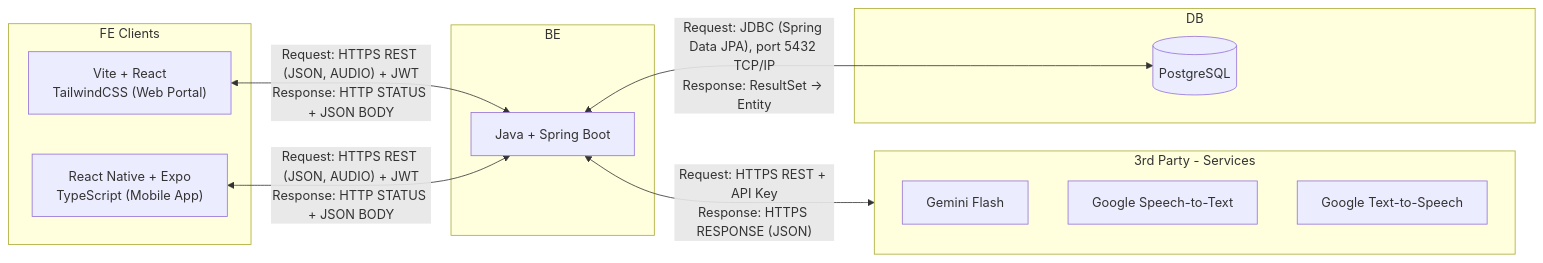
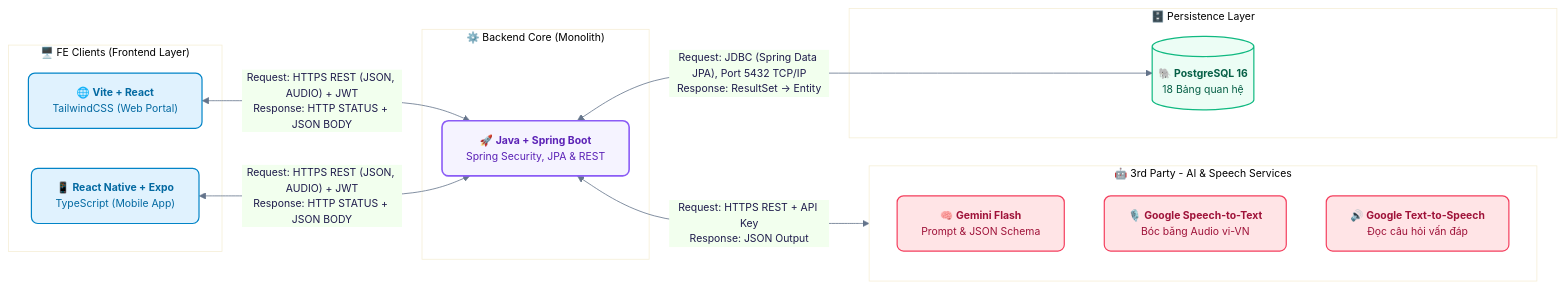
Before and after one commit to SWD392-Group-4/AI-powered-Viva-Exam-System: the first of 2 diagrams in document/02-architecture-design/README.md, drawn with Mermaid. The commit also changed other lines of this file and 9 other files, not shown here.

Commit message:
docs: add system design, architecture, ERDs, and class diagrams

````diff
--- a/document/02-architecture-design/README.md
+++ b/document/02-architecture-design/README.md
@@ -15,26 +15,44 @@
 ```mermaid
+%%{init: {
+  'theme': 'base',
+  'themeVariables': {
+    'primaryColor': '#EEF2FF',
+    'primaryTextColor': '#1E1B4B',
+    'primaryBorderColor': '#6366F1',
+    'lineColor': '#64748B',
+    'fontFamily': 'Inter, system-ui, -apple-system, sans-serif',
+    'fontSize': '13px'
+  }
+}}%%
 flowchart LR
-    subgraph FE["FE Clients"]
-        REACT["Vite + React<br/>TailwindCSS (Web Portal)"]
-        MOBILE["React Native + Expo<br/>TypeScript (Mobile App)"]
+    %% Định nghĩa bảng màu ngữ nghĩa chuẩn thiết kế
+    classDef client fill:#E0F2FE,stroke:#0284C7,stroke-width:1.5px,color:#0369A1,rx:8,ry:8;
+    classDef backend fill:#F5F3FF,stroke:#8B5CF6,stroke-width:2px,color:#5B21B6,rx:8,ry:8;
+    classDef ai fill:#FFE4E6,stroke:#F43F5E,stroke-width:1.5px,color:#9F1239,rx:8,ry:8;
+    classDef db fill:#ECFDF5,stroke:#10B981,stroke-width:1.5px,color:#065F46,rx:4,ry:4;
+
+    subgraph FE [" 🖥️ FE Clients (Frontend Layer) "]
+        REACT["🌐 <b>Vite + React</b><br/>TailwindCSS (Web Portal)"]:::client
+        MOBILE["📱 <b>React Native + Expo</b><br/>TypeScript (Mobile App)"]:::client
     end
 
-    subgraph BE["BE"]
-        SPRING["Java + Spring Boot"]
+    subgraph BE [" ⚙️ Backend Core (Monolith) "]
+        SPRING["🚀 <b>Java + Spring Boot</b><br/>Spring Security, JPA & REST"]:::backend
     end
 
-    subgraph EXT["3rd Party - Services"]
-        GEMINI["Gemini Flash"]
-        STT["Google Speech-to-Text"]
-        TTS["Google Text-to-Speech"]
+    subgraph EXT [" 🤖 3rd Party - AI & Speech Services "]
+        GEMINI["🧠 <b>Gemini Flash</b><br/>Prompt & JSON Schema"]:::ai
+        STT["🎙️ <b>Google Speech-to-Text</b><br/>Bóc băng Audio vi-VN"]:::ai
+        TTS["🔊 <b>Google Text-to-Speech</b><br/>Đọc câu hỏi vấn đáp"]:::ai
     end
 
-    subgraph DB["DB"]
-        PG[("PostgreSQL")]
+    subgraph DB [" 🗄️ Persistence Layer "]
+        PG[("🐘 <b>PostgreSQL 16</b><br/>18 Bảng quan hệ")]:::db
     end
 
-    REACT <-- "Request: HTTPS REST (JSON, AUDIO) + JWT<br/>Response: HTTP STATUS + JSON BODY" --> SPRING
-    MOBILE <-- "Request: HTTPS REST (JSON, AUDIO) + JWT<br/>Response: HTTP STATUS + JSON BODY" --> SPRING
-    SPRING <-- "Request: HTTPS REST + API Key<br/>Response: HTTPS RESPONSE (JSON)" --> EXT
-    SPRING <-- "Request: JDBC (Spring Data JPA), port 5432 TCP/IP<br/>Response: ResultSet → Entity" --> PG
+    %% Luồng kết nối với nhãn giao thức rõ ràng
+    REACT <--> |"Request: HTTPS REST (JSON, AUDIO) + JWT<br/>Response: HTTP STATUS + JSON BODY"| SPRING
+    MOBILE <--> |"Request: HTTPS REST (JSON, AUDIO) + JWT<br/>Response: HTTP STATUS + JSON BODY"| SPRING
+    SPRING <--> |"Request: HTTPS REST + API Key<br/>Response: JSON Output"| EXT
+    SPRING <--> |"Request: JDBC (Spring Data JPA), Port 5432 TCP/IP<br/>Response: ResultSet → Entity"| PG
 ```
````
